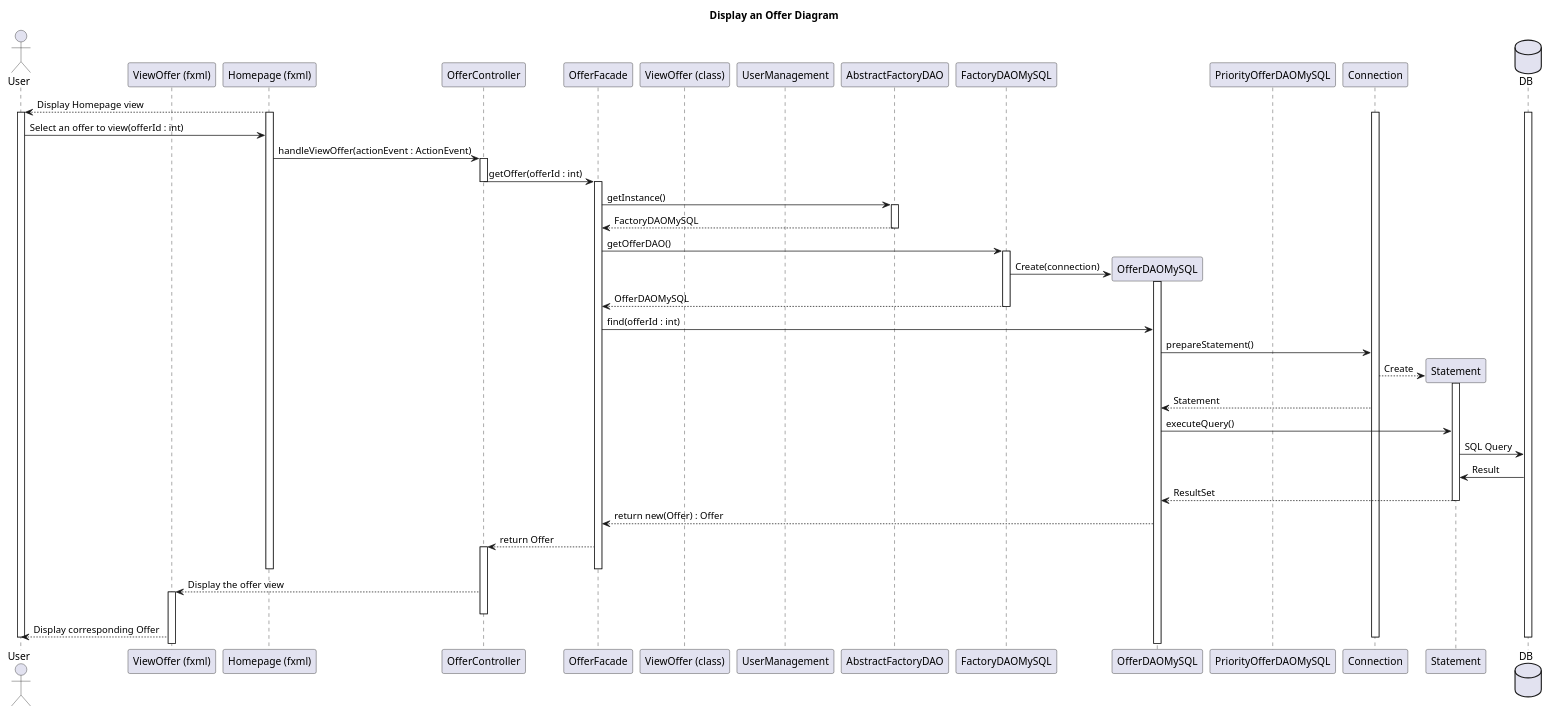
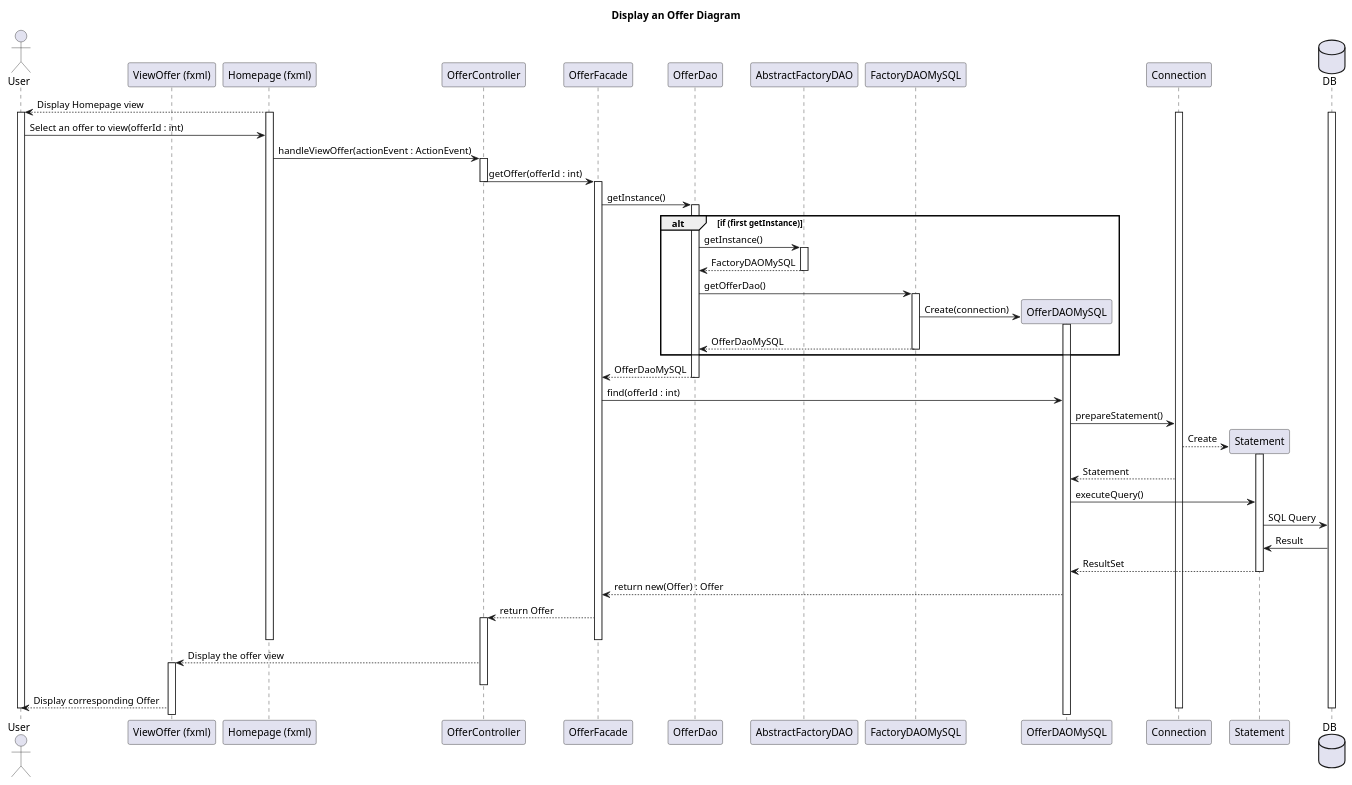
The diagram in documents/diagram/offer/displayOfferSequence.puml (LaunoisRemy/ToolShare), drawn with PlantUML before and after one commit. The commit also changed 2 other files, not shown here.

Commit message:
UPDATE OFFER Diagrams to match the Singleton

```diff
--- a/documents/diagram/offer/displayOfferSequence.puml
+++ b/documents/diagram/offer/displayOfferSequence.puml
@@ -1,105 +1,96 @@
 @startuml
 title Display an Offer Diagram
 
 actor User
 participant "ViewOffer (fxml)"
 participant "Homepage (fxml)"
 participant OfferController
 participant OfferFacade
-participant "ViewOffer (class)"
-participant UserManagement
+participant OfferDao
 participant AbstractFactoryDAO
 participant FactoryDAOMySQL
 participant OfferDAOMySQL
-participant PriorityOfferDAOMySQL
 participant Connection
 participant Statement
 database DB
 
 
 "Homepage (fxml)"-->User: Display Homepage view
 
 activate "Homepage (fxml)"
 activate User
 activate DB
 activate Connection
 
 User->"Homepage (fxml)":Select an offer to view(offerId : int)
 
 "Homepage (fxml)"->OfferController: handleViewOffer(actionEvent : ActionEvent)
 
 activate OfferController
 
 OfferController->OfferFacade:getOffer(offerId : int)
 
 deactivate OfferController
 
 activate OfferFacade
 
-OfferFacade->AbstractFactoryDAO:getInstance()
-activate AbstractFactoryDAO
+OfferFacade->OfferDao : getInstance()
+alt if (first getInstance)
+    activate OfferDao
+    OfferDao -> AbstractFactoryDAO : getInstance()
+    activate AbstractFactoryDAO
+    AbstractFactoryDAO --> OfferDao : FactoryDAOMySQL
+    deactivate AbstractFactoryDAO
 
-
-
-
-
-
-
-
-
-
-AbstractFactoryDAO--> OfferFacade : FactoryDAOMySQL
-deactivate AbstractFactoryDAO
-
-OfferFacade -> FactoryDAOMySQL:getOfferDAO()
-
-activate FactoryDAOMySQL
-
-FactoryDAOMySQL->OfferDAOMySQL **:Create(connection)
-
-activate OfferDAOMySQL
-FactoryDAOMySQL-->OfferFacade:OfferDAOMySQL
+    OfferDao -> FactoryDAOMySQL : getOfferDao()
+    activate FactoryDAOMySQL
+    FactoryDAOMySQL -> OfferDAOMySQL **:Create(connection)
+    activate OfferDAOMySQL
+    FactoryDAOMySQL --> OfferDao : OfferDaoMySQL
+    deactivate FactoryDAOMySQL
+end
+OfferDao --> OfferFacade : OfferDaoMySQL
+deactivate OfferDao
 
 deactivate FactoryDAOMySQL
 
 OfferFacade->OfferDAOMySQL: find(offerId : int)
 
 OfferDAOMySQL->Connection: prepareStatement()
 
 Connection-->Statement **: Create
 
 activate Statement
 
 Connection-->OfferDAOMySQL: Statement
 
 
 OfferDAOMySQL->Statement:executeQuery()
 
 Statement->DB: SQL Query
 
 DB->Statement:Result
 
 Statement-->OfferDAOMySQL: ResultSet
 
 deactivate Statement
 
 OfferDAOMySQL-->OfferFacade: return new(Offer) : Offer
 
 OfferFacade-->OfferController : return Offer
 activate OfferController
 
 deactivate OfferFacade
 deactivate "Homepage (fxml)"
 
 OfferController-->"ViewOffer (fxml)": Display the offer view
 activate "ViewOffer (fxml)"
 
 deactivate OfferController
 
 "ViewOffer (fxml)"-->User: Display corresponding Offer
 deactivate Connection
 deactivate DB
-deactivate UserManagement
 deactivate User
 
 @enduml
```
